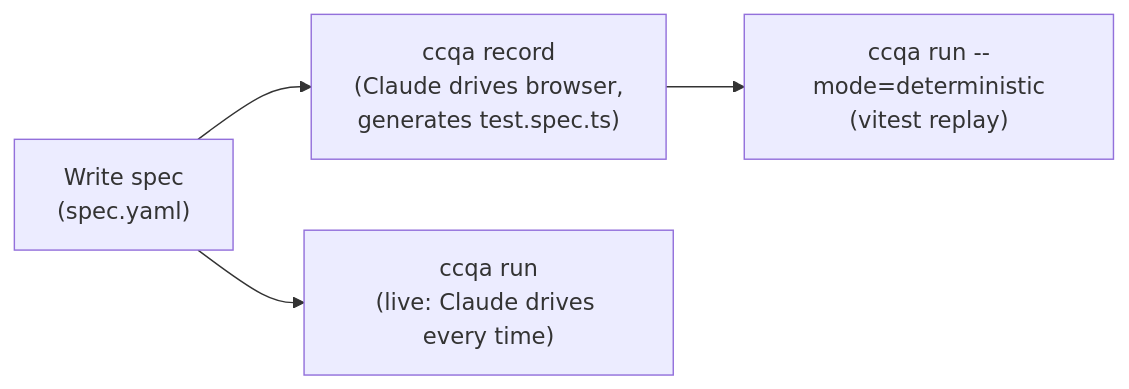
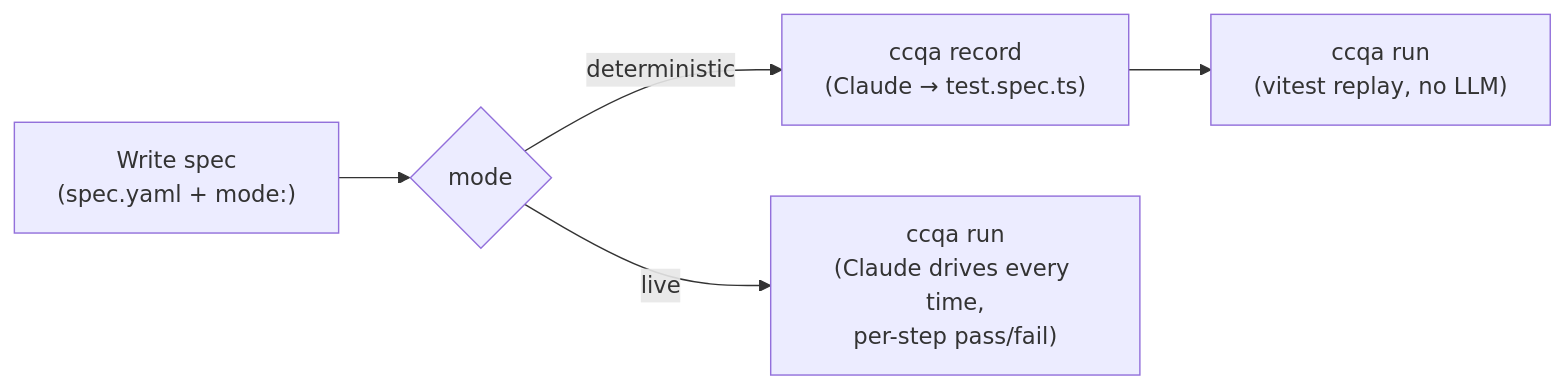
One commit to shibukazu/ccqa changed the diagram in README.md. Above: the diagram before and after it, drawn with Mermaid. The commit also changed other lines of this file and 4 other files, not shown here.

````diff
--- a/README.md
+++ b/README.md
@@ -16,6 +18,7 @@
 ```mermaid
 flowchart LR
-    A["Write spec\n(spec.yaml)"] --> B["ccqa record\n(Claude drives browser,\ngenerates test.spec.ts)"]
-    B --> C["ccqa run --mode=deterministic\n(vitest replay)"]
-    A --> D["ccqa run\n(live: Claude drives every time)"]
+    A["Write spec\n(spec.yaml + mode:)"] --> B{mode}
+    B -- deterministic --> C["ccqa record\n(Claude → test.spec.ts)"]
+    C --> D["ccqa run\n(vitest replay, no LLM)"]
+    B -- live --> E["ccqa run\n(Claude drives every time,\nper-step pass/fail)"]
 ```
````
